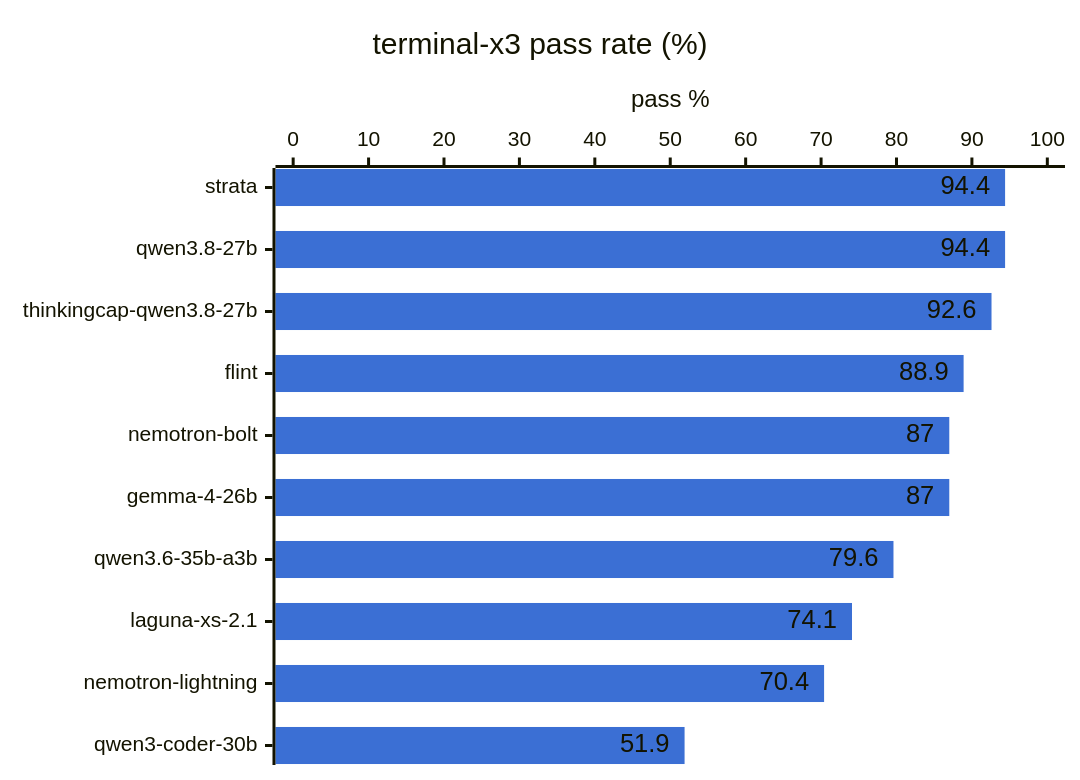
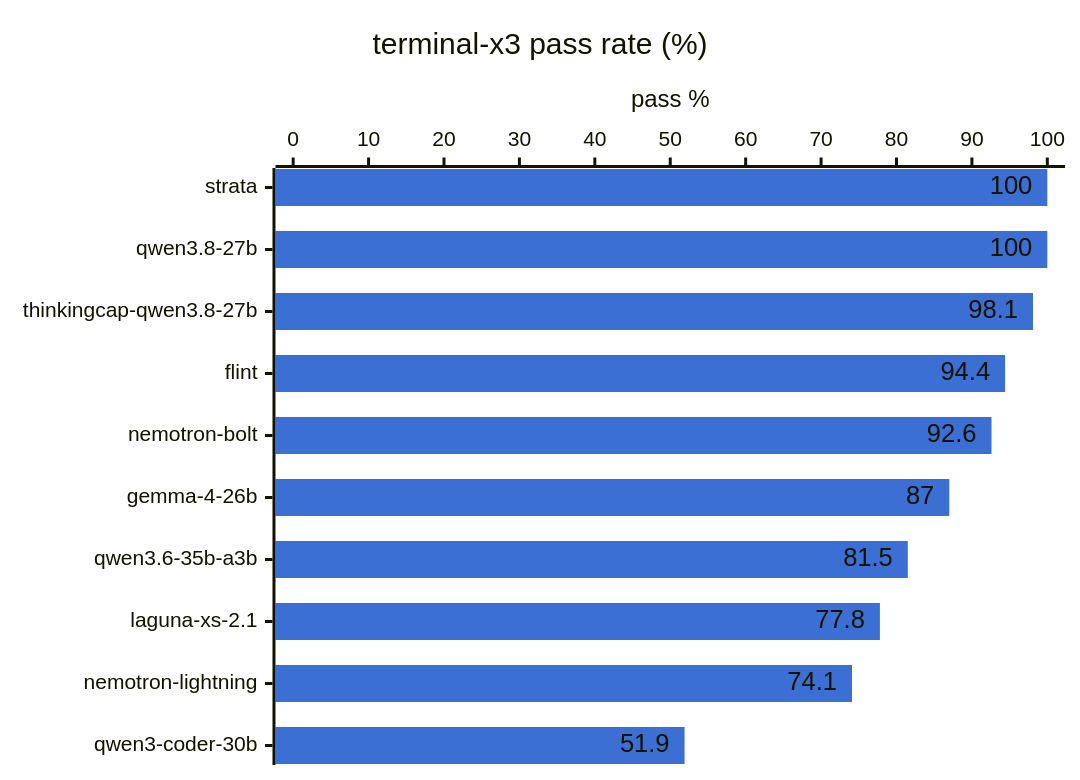
One commit to hofftodd/ai-bench changed the first of 3 diagrams in RESULTS.md. Above: the diagram before and after it, drawn with Mermaid. The commit also changed other lines of this file and 8 other files, not shown here.

````diff
--- a/RESULTS.md
+++ b/RESULTS.md
@@ -11,8 +11,8 @@
 ```mermaid
 %%{init: {"xyChart": {"showDataLabel": true}, "themeVariables": {"xyChart": {"plotColorPalette": "#3b6fd4"}}}}%%
 xychart-beta horizontal
     title "terminal-x3 pass rate (%)"
     x-axis ["strata", "qwen3.8-27b", "thinkingcap-qwen3.8-27b", "flint", "nemotron-bolt", "gemma-4-26b", "qwen3.6-35b-a3b", "laguna-xs-2.1", "nemotron-lightning", "qwen3-coder-30b"]
     y-axis "pass %" 0 --> 100
-    bar [94.4, 94.4, 92.6, 88.9, 87.0, 87.0, 79.6, 74.1, 70.4, 51.9]
+    bar [100.0, 100.0, 98.1, 94.4, 92.6, 87.0, 81.5, 77.8, 74.1, 51.9]
 ```
````
